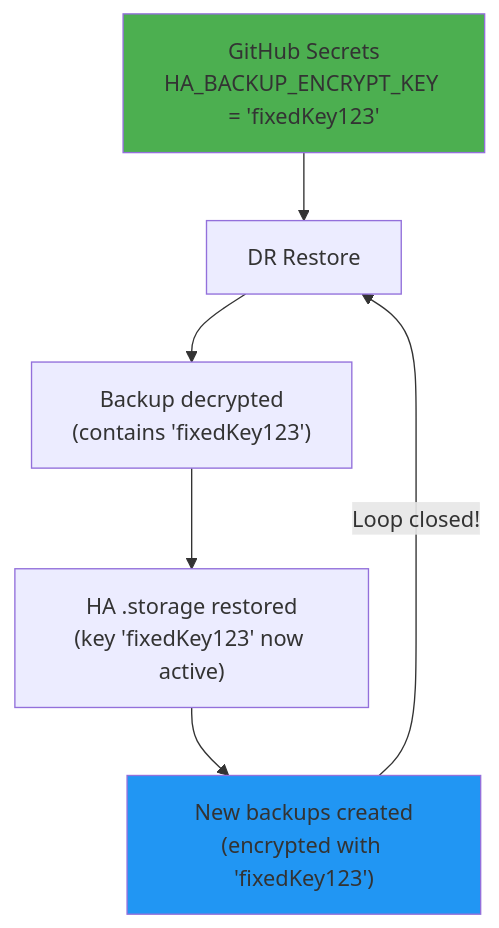
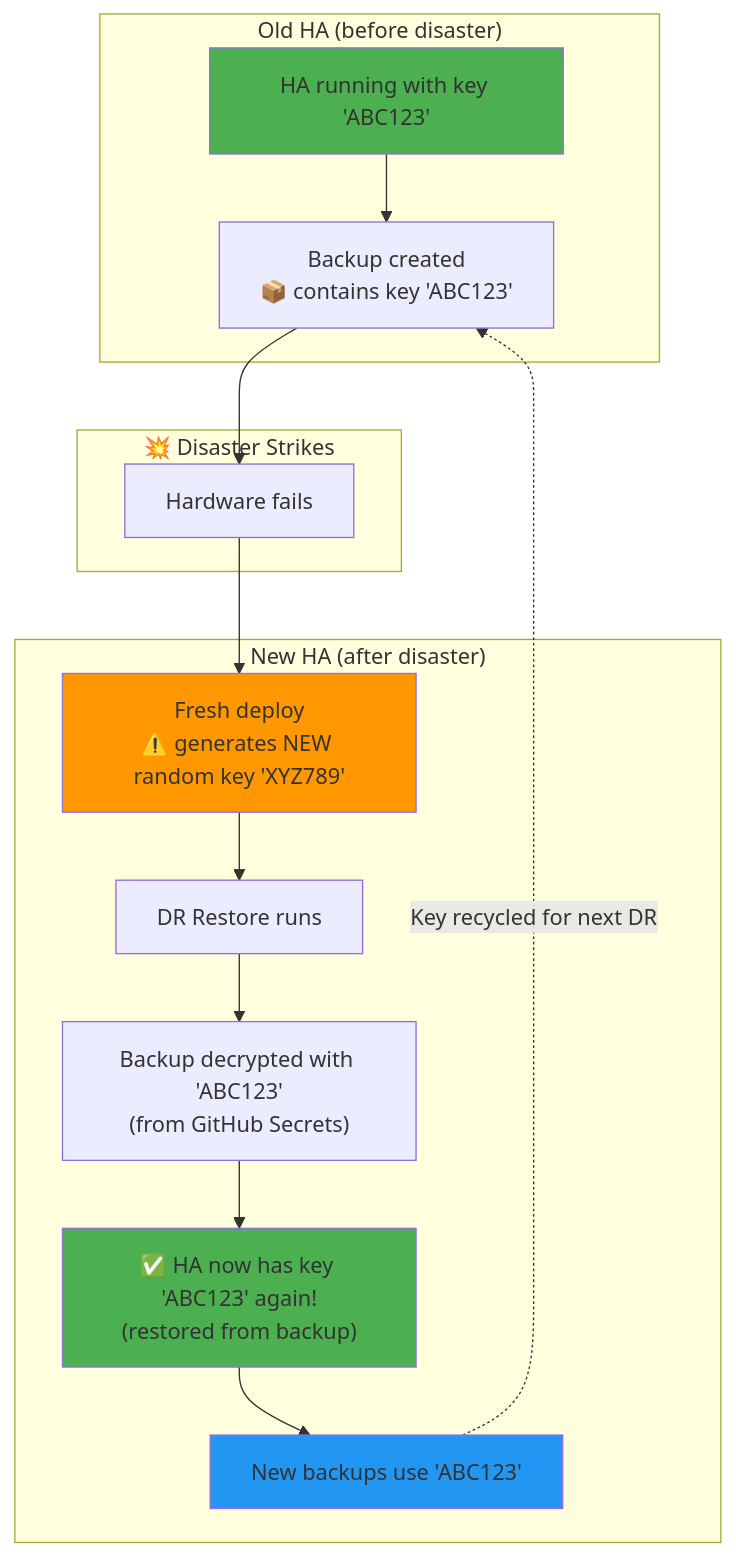
One commit to johantre/homelab-infra changed the first of 7 diagrams in DISASTER_RECOVERY.md. Above: the diagram before and after it, drawn with Mermaid. The commit also changed other lines of this file, not shown here.

Commit message:
updated backup strategy docs

````diff
--- a/DISASTER_RECOVERY.md
+++ b/DISASTER_RECOVERY.md
@@ -57,11 +55,28 @@
 ```mermaid
-flowchart TD
-    A["GitHub Secrets<br/>HA_BACKUP_ENCRYPT_KEY = 'fixedKey123'"] --> B["DR Restore"]
-    B --> C["Backup decrypted<br/>(contains 'fixedKey123')"]
-    C --> D["HA .storage restored<br/>(key 'fixedKey123' now active)"]
-    D --> E["New backups created<br/>(encrypted with 'fixedKey123')"]
-    E --> |"Loop closed!"| B
+flowchart TB
+    subgraph OLD["Old HA (before disaster)"]
+        A["HA running with key 'ABC123'"]
+        A --> B["Backup created<br/>📦 contains key 'ABC123'"]
+    end
+
+    subgraph DISASTER["💥 Disaster Strikes"]
+        C["Hardware fails"]
+    end
+
+    subgraph NEW["New HA (after disaster)"]
+        D["Fresh deploy<br/>⚠️ generates NEW random key 'XYZ789'"]
+        D --> E["DR Restore runs"]
+        E --> F["Backup decrypted with 'ABC123'<br/>(from GitHub Secrets)"]
+        F --> G["✅ HA now has key 'ABC123' again!<br/>(restored from backup)"]
+        G --> H["New backups use 'ABC123'"]
+    end
+
+    B --> C
+    C --> D
+    H -.-> |"Key recycled for next DR"| B
 
     style A fill:#4caf50
-    style E fill:#2196f3
+    style D fill:#ff9800
+    style G fill:#4caf50
+    style H fill:#2196f3
 ```
````
